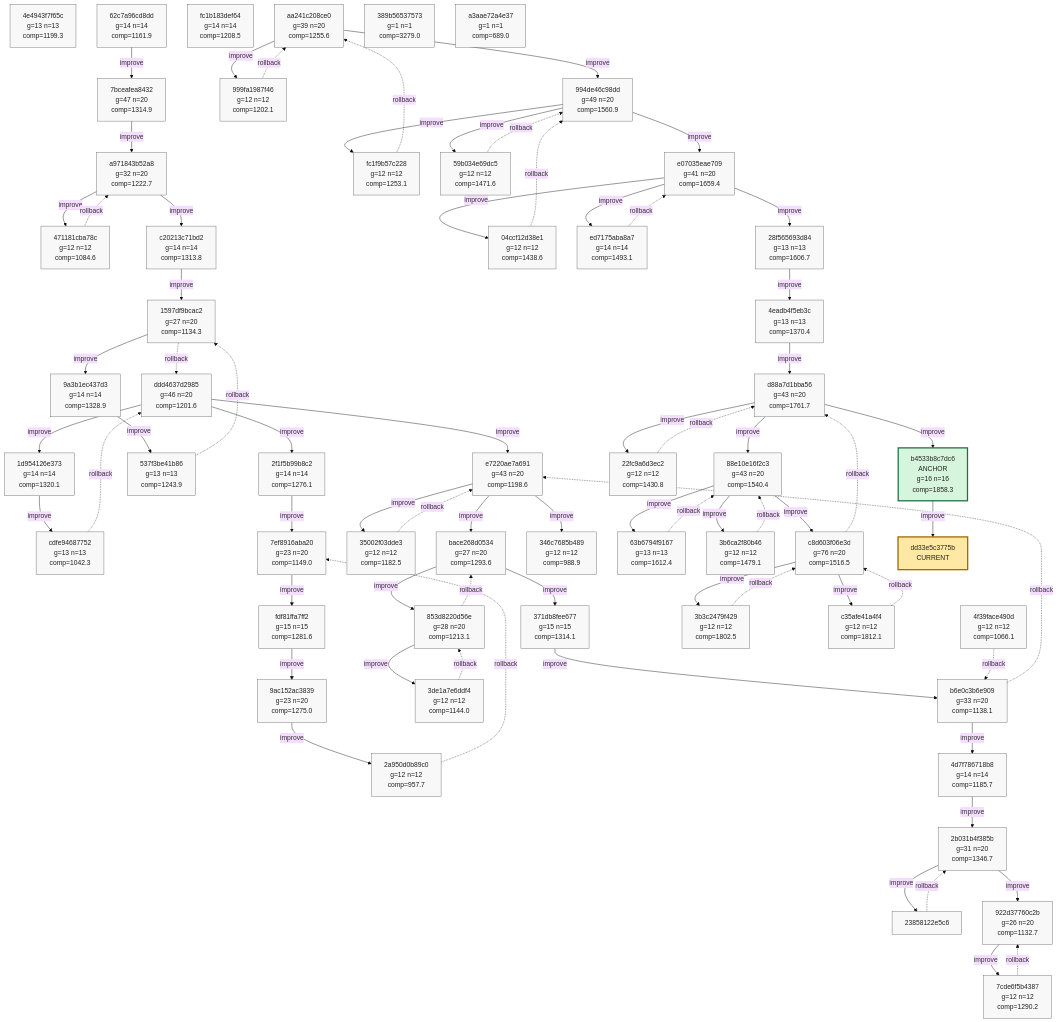
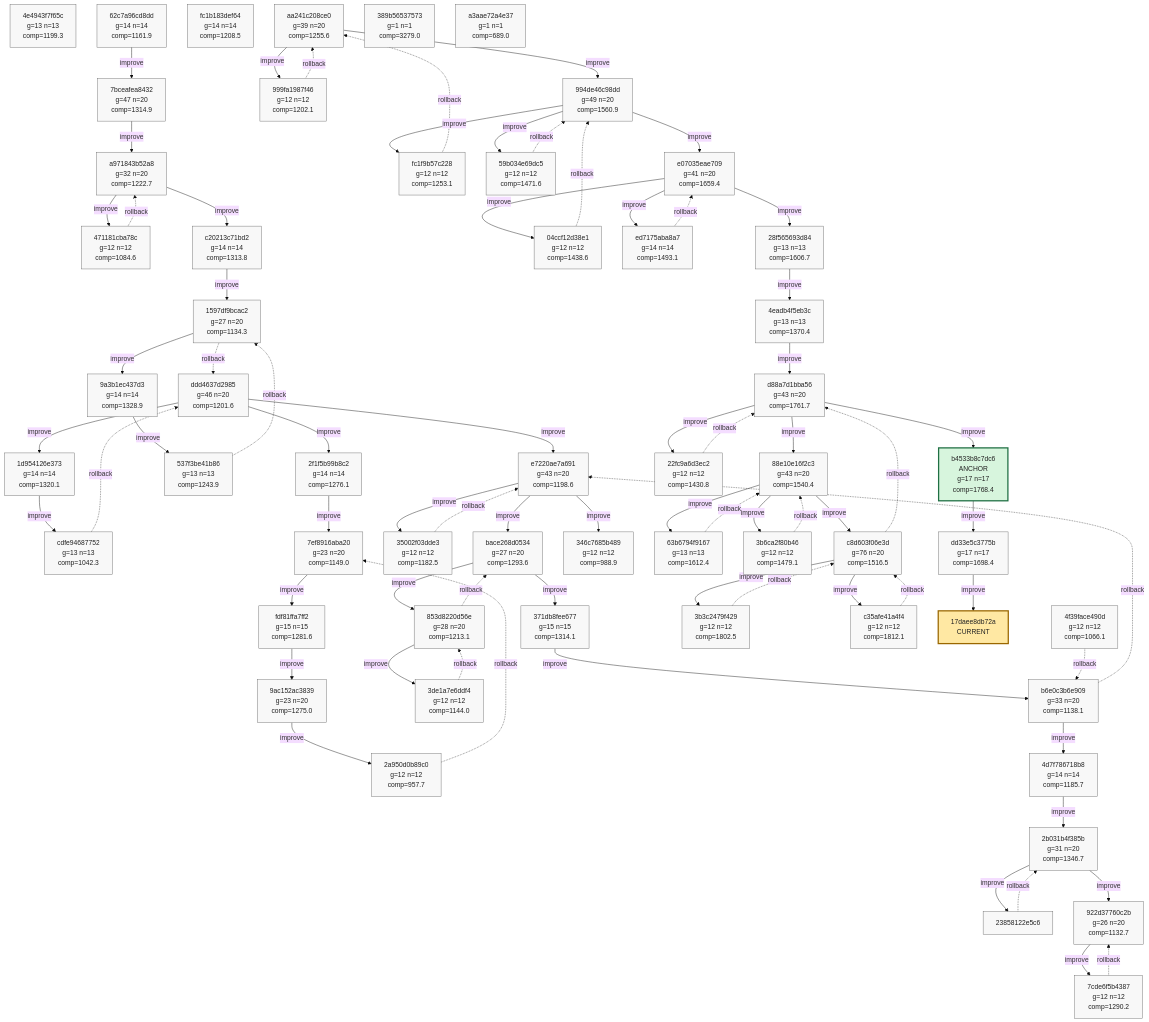
Before and after one commit to azumag/soviet_now: the ninth of 9 diagrams in phyrogenetic-tree.md, drawn with Mermaid (base theme). The commit also changed other lines of this file and 2 other files, not shown here.

Commit message:
eloop Improve after 12 games (scores: 1320 832 1138 1703 1895 2321 2646 2182 1755 1607 1434 2924)

````diff
--- a/phyrogenetic-tree.md
+++ b/phyrogenetic-tree.md
@@ -2287,10 +2288,11 @@
     h_3b3c2479f429["3b3c2479f429<br/>g=12 n=12<br/>comp=1802.5"]
     h_c35afe41a4f4["c35afe41a4f4<br/>g=12 n=12<br/>comp=1812.1"]
     h_22fc9a6d3ec2["22fc9a6d3ec2<br/>g=12 n=12<br/>comp=1430.8"]
-    h_b4533b8c7dc6["b4533b8c7dc6<br/>ANCHOR<br/>g=16 n=16<br/>comp=1858.3"]
+    h_b4533b8c7dc6["b4533b8c7dc6<br/>ANCHOR<br/>g=17 n=17<br/>comp=1768.4"]
+    h_dd33e5c3775b["dd33e5c3775b<br/>g=17 n=17<br/>comp=1698.4"]
     h_389b56537573["389b56537573<br/>g=1 n=1<br/>comp=3279.0"]
     h_a3aae72a4e37["a3aae72a4e37<br/>g=1 n=1<br/>comp=689.0"]
-    h_dd33e5c3775b["dd33e5c3775b<br/>CURRENT"]
+    h_17daee8db72a["17daee8db72a<br/>CURRENT"]
 
     h_ddd4637d2985 -->|improve| h_1d954126e373
     h_1d954126e373 -->|improve| h_cdfe94687752
@@ -2361,6 +2363,7 @@
     h_22fc9a6d3ec2 -. rollback .-> h_d88a7d1bba56
     h_d88a7d1bba56 -->|improve| h_b4533b8c7dc6
     h_b4533b8c7dc6 -->|improve| h_dd33e5c3775b
+    h_dd33e5c3775b -->|improve| h_17daee8db72a
 
     classDef plain fill:#f8f8f8,stroke:#666,stroke-width:1px,color:#222;
     classDef current fill:#ffe8a3,stroke:#9a6700,stroke-width:3px,color:#222;
@@ -2418,7 +2421,8 @@
     class h_c35afe41a4f4 plain;
     class h_22fc9a6d3ec2 plain;
     class h_b4533b8c7dc6 anchor;
+    class h_dd33e5c3775b plain;
     class h_389b56537573 plain;
     class h_a3aae72a4e37 plain;
-    class h_dd33e5c3775b current;
+    class h_17daee8db72a current;
 ```
````
